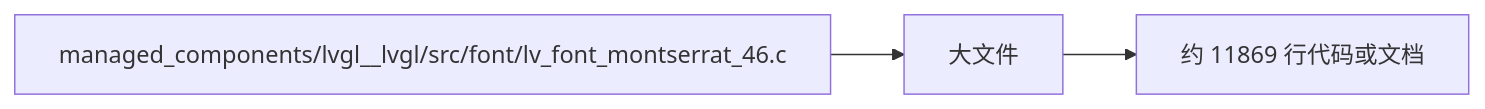
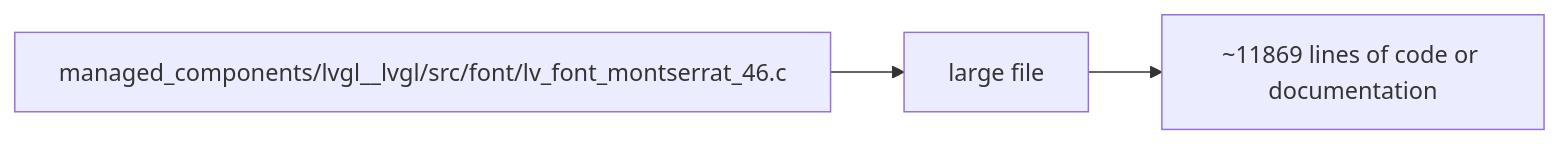
Before and after one commit to manmuqingshan/trail-mate: the diagram in docs/engineering/technical-hotspots/large-file--managed_components-lvgl__lvgl-src-font-lv_font_montserrat_46-c/technical-hotspot.md, drawn with Mermaid. The commit also changed other lines of this file and 527 other files, not shown here.

````diff
--- a/docs/engineering/technical-hotspots/large-file--managed_components-lvgl__lvgl-src-font-lv_font_montserrat_46-c/technical-hotspot.md
+++ b/docs/engineering/technical-hotspots/large-file--managed_components-lvgl__lvgl-src-font-lv_font_montserrat_46-c/technical-hotspot.md
@@ -40,8 +40,8 @@
 ```mermaid
 flowchart LR
   target["managed_components/lvgl__lvgl/src/font/lv_font_montserrat_46.c"]
-  hotspot["大文件"]
-  signal["约 11869 行代码或文档"]
+ hotspot["large file"]
+ signal["~11869 lines of code or documentation"]
   target --> hotspot
   hotspot --> signal
 ```
````
